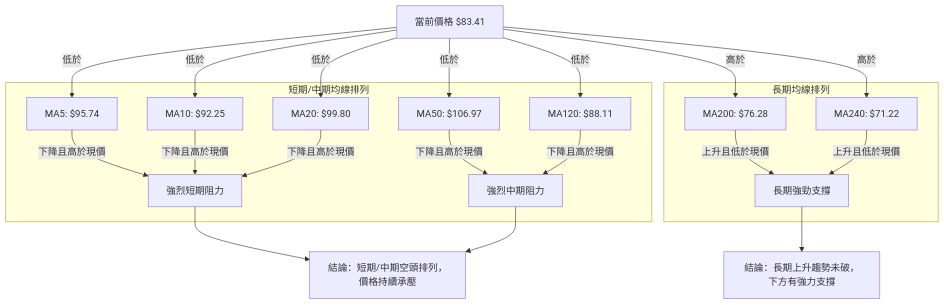
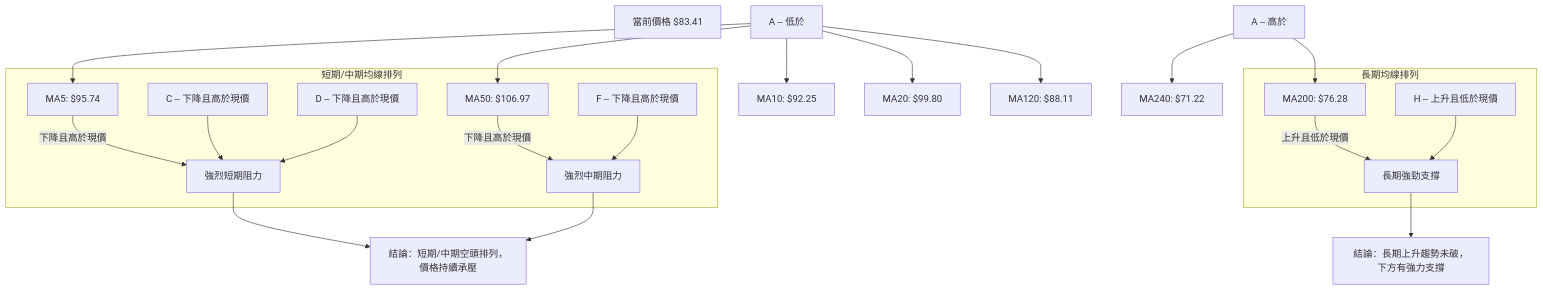
Before and after one commit to yennanliu/finance_data: the sixth of 11 diagrams in ai_gen_report/stock/rklb/technical_analysis_2026-07-08_gemini.md, drawn with Mermaid. The commit also changed other lines of this file and 2258 other files, not shown here.

First line of the commit message:
chore: backfill Mermaid syntax repair across existing reports

````diff
--- a/ai_gen_report/stock/rklb/technical_analysis_2026-07-08_gemini.md
+++ b/ai_gen_report/stock/rklb/technical_analysis_2026-07-08_gemini.md
@@ -474,35 +474,35 @@
 ```mermaid
 graph TD
-    A[當前價格 $83.41]
-    B[MA5: $95.74]
-    C[MA10: $92.25]
-    D[MA20: $99.80]
-    E[MA50: $106.97]
-    F[MA120: $88.11]
-    G[MA200: $76.28]
-    H[MA240: $71.22]
+    A["當前價格 $83.41"]
+    B["MA5: $95.74"]
+    C["MA10: $92.25"]
+    D["MA20: $99.80"]
+    E["MA50: $106.97"]
+    F["MA120: $88.11"]
+    G["MA200: $76.28"]
+    H["MA240: $71.22"]
 
-    A -- 低於 --> B
-    A -- 低於 --> C
-    A -- 低於 --> D
-    A -- 低於 --> E
-    A -- 低於 --> F
-    A -- 高於 --> G
-    A -- 高於 --> H
+    nb1["A -- 低於"] --> B
+    nb1["A -- 低於"] --> C
+    nb1["A -- 低於"] --> D
+    nb1["A -- 低於"] --> E
+    nb1["A -- 低於"] --> F
+    nb2["A -- 高於"] --> G
+    nb2["A -- 高於"] --> H
 
     subgraph 短期/中期均線排列
-        B -- 下降且高於現價 --> K[強烈短期阻力]
-        C -- 下降且高於現價 --> K
-        D -- 下降且高於現價 --> K
-        E -- 下降且高於現價 --> L[強烈中期阻力]
-        F -- 下降且高於現價 --> L
+        B -- 下降且高於現價 --> K["強烈短期阻力"]
+        nb3["C -- 下降且高於現價"] --> K
+        nb4["D -- 下降且高於現價"] --> K
+        E -- 下降且高於現價 --> L["強烈中期阻力"]
+        nb5["F -- 下降且高於現價"] --> L
     end
 
     subgraph 長期均線排列
-        G -- 上升且低於現價 --> M[長期強勁支撐]
-        H -- 上升且低於現價 --> M
+        G -- 上升且低於現價 --> M["長期強勁支撐"]
+        nb6["H -- 上升且低於現價"] --> M
     end
 
-    K & L --> N[結論：短期/中期空頭排列，價格持續承壓]
-    M --> O[結論：長期上升趨勢未破，下方有強力支撐]
+    K & L --> N["結論：短期/中期空頭排列，價格持續承壓"]
+    M --> O["結論：長期上升趨勢未破，下方有強力支撐"]
 ```
````
